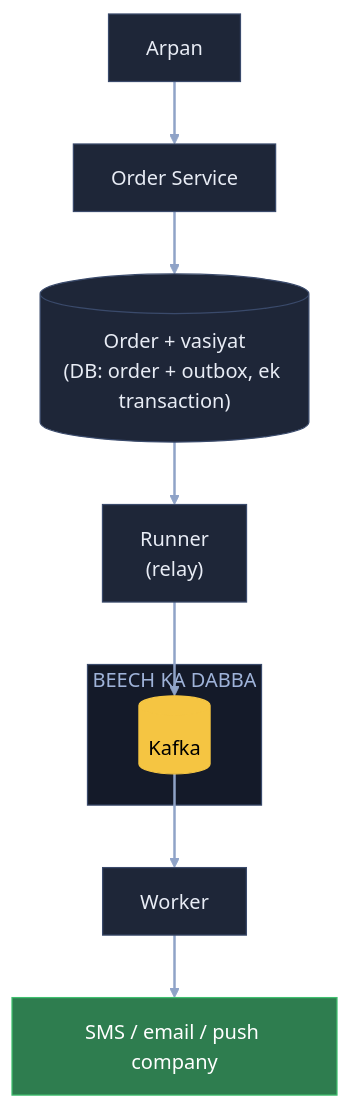
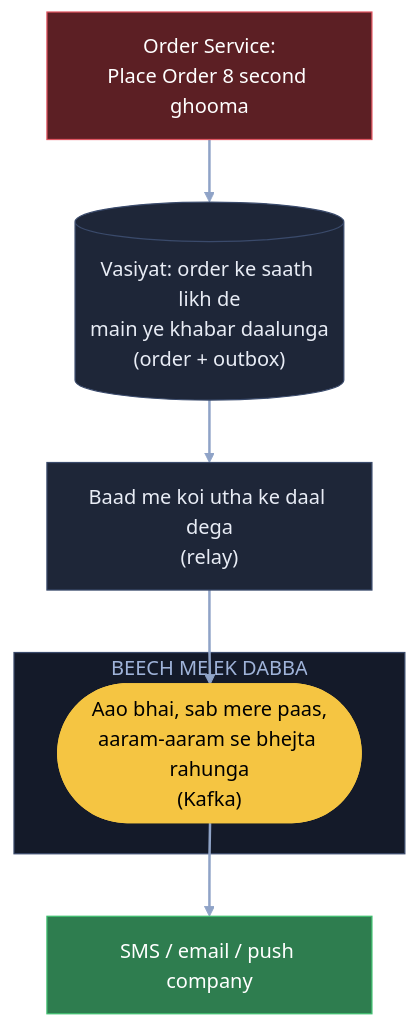
One commit to ArpanMaheshwari144/Prep changed the first of 9 diagrams in 04_HLD/SYSTEM_DESIGNS/04_notification_system/04_notification_system.md. Above: the diagram before and after it, drawn with Mermaid. The commit also changed other lines of this file, not shown here.

Commit message:
Notification: 9 diagram hand notes ke shabdon se (K9: OTP seedha, DB nahi)

````diff
--- a/04_HLD/SYSTEM_DESIGNS/04_notification_system/04_notification_system.md
+++ b/04_HLD/SYSTEM_DESIGNS/04_notification_system/04_notification_system.md
@@ -40,24 +40,20 @@
 ```mermaid
 flowchart TB
-    U["Arpan"]:::card
-    O["Order Service"]:::card
-    DB[("Order + vasiyat<br/>(DB: order + outbox, ek transaction)")]:::card
-    R["Runner<br/>(relay)"]:::card
-    subgraph BD["BEECH KA DABBA"]
-        K[("Kafka")]:::pill
+    O["Order Service:<br/>Place Order 8 second ghooma"]:::bad
+    V[("Vasiyat: order ke saath likh de<br/>main ye khabar daalunga<br/>(order + outbox)")]:::card
+    R["Baad me koi utha ke daal dega<br/>(relay)"]:::card
+    subgraph BD["BEECH ME EK DABBA"]
+        K(["Aao bhai, sab mere paas,<br/>aaram-aaram se bhejta rahunga<br/>(Kafka)"]):::pill
     end
-    W["Worker"]:::card
     C["SMS / email / push company"]:::good
-    U --> O
-    O --> DB
-    DB --> R
+    O --> V
+    V --> R
     R --> K
-    K --> W
-    W --> C
+    K --> C
     linkStyle default stroke:#8fa3c7,stroke-width:2px
     classDef card fill:#1e2638,stroke:#3a4a6b,color:#e8ecf5
     classDef pill fill:#f5c542,stroke:#f5c542,color:#000
     classDef good fill:#2e7d4f,stroke:#3fbf6f,color:#fff
     classDef bad fill:#5c1f24,stroke:#e05561,color:#fff
     style BD fill:#141a29,stroke:#3a4a6b,color:#9fb3d9
 ```
````
